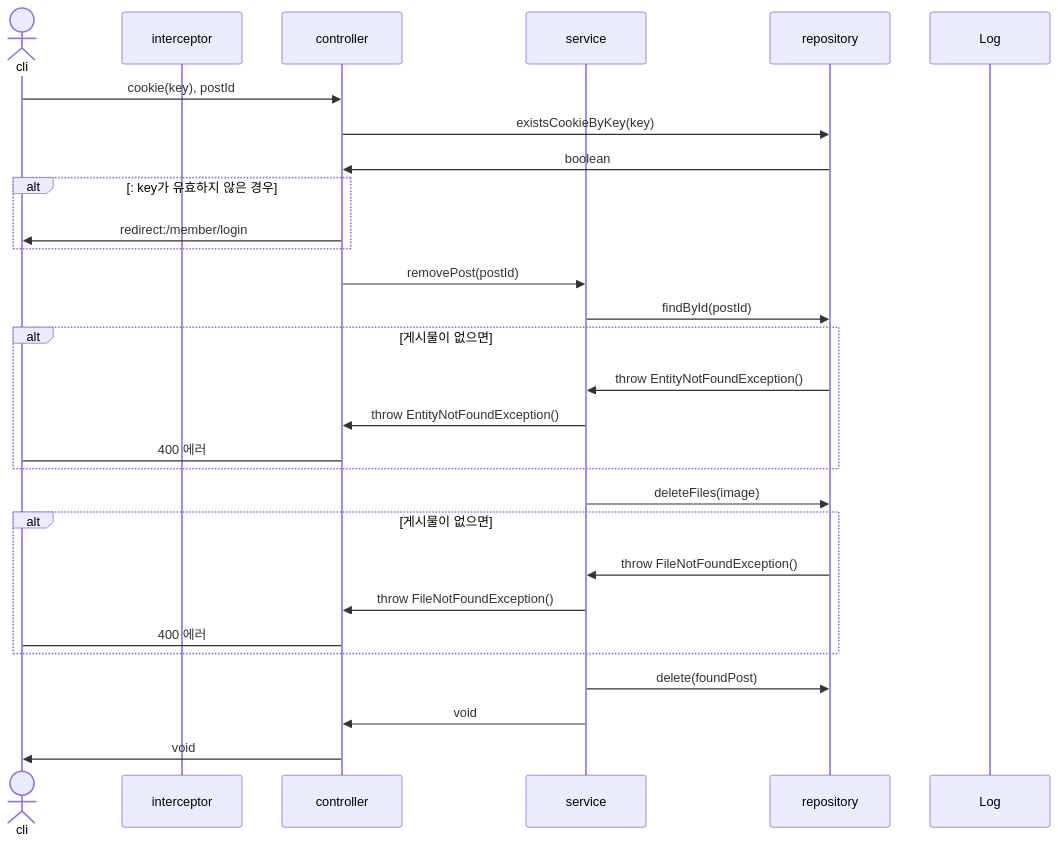
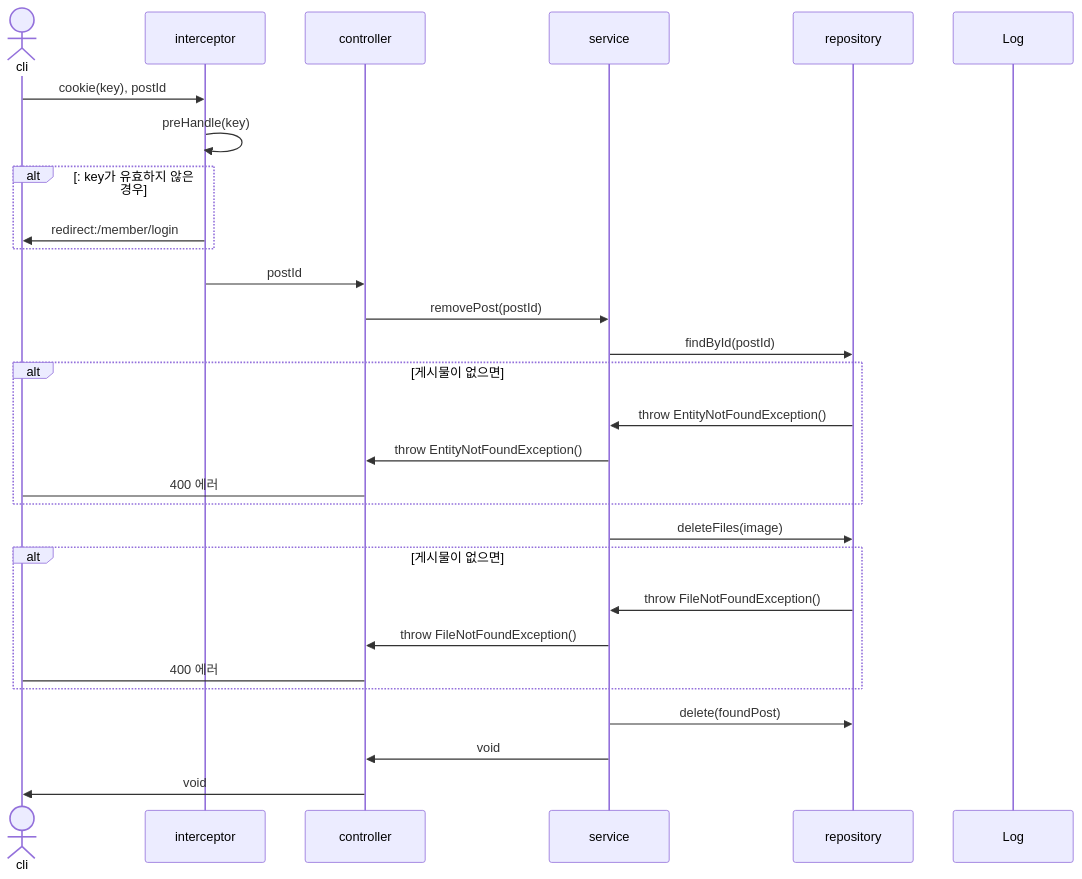
One commit to mtak0235/snsX changed diagram 18 of 30 in sequence.md. Above: the diagram before and after it, drawn with Mermaid. The commit also changed other lines of this file, not shown here.

````diff
--- a/sequence.md
+++ b/sequence.md
@@ -445,32 +444,32 @@
 ```mermaid
 sequenceDiagram
 actor cli
 participant i as interceptor
 participant c as controller
 participant s as service
 participant r as repository
 participant l as Log
 
-cli->>c: cookie(key), postId
-c->>r: existsCookieByKey(key)
-r->>c: boolean
+cli->>i: cookie(key), postId
+i->>i: preHandle(key)
 alt: key가 유효하지 않은 경우
-c->>cli: redirect:/member/login
+i->>cli: redirect:/member/login
 end
+i->>c: postId
 c->>s: removePost(postId)
 s->>r: findById(postId)
 alt 게시물이 없으면
 r->>s: throw EntityNotFoundException()
 s->>c: throw EntityNotFoundException()
 c->cli: 400 에러
 end
 s->>r: deleteFiles(image)
 alt 게시물이 없으면
 r->>s: throw FileNotFoundException()
 s->>c: throw FileNotFoundException()
 c->cli: 400 에러
 end
 s->>r: delete(foundPost)
 s->>c: void
 c->>cli: void
 ```
````
